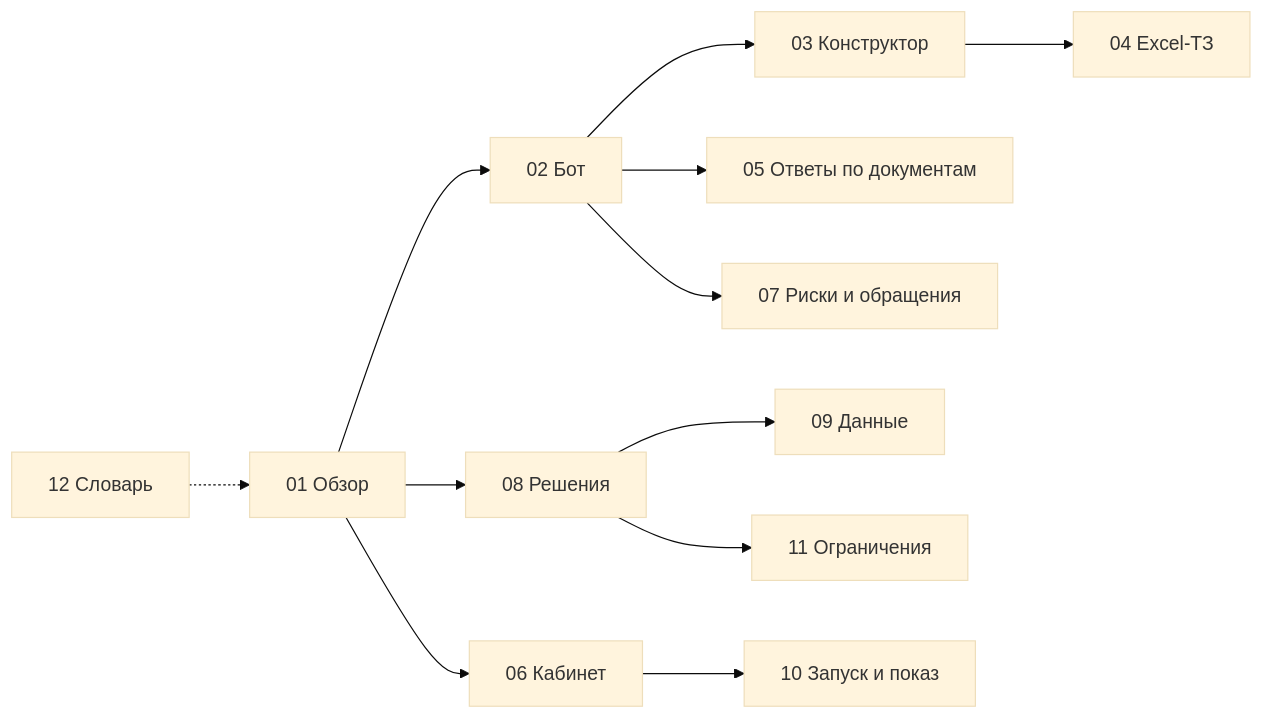
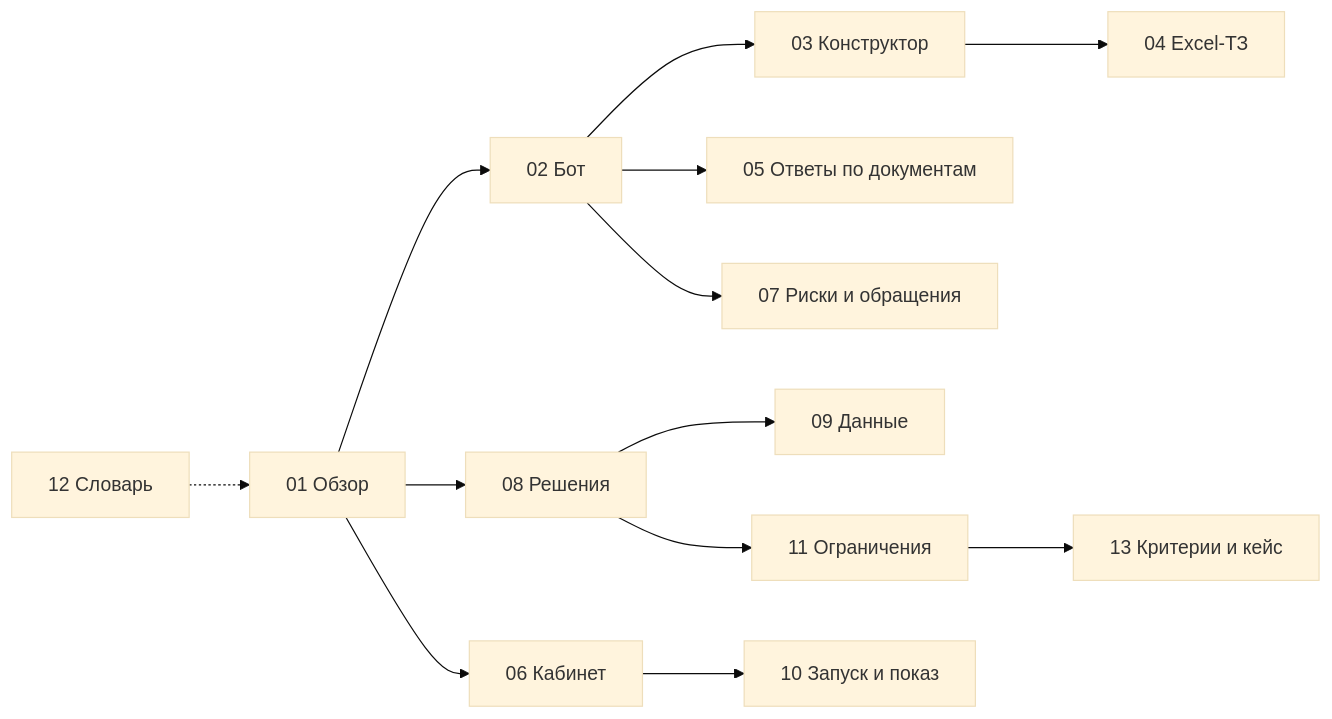
Before and after one commit to kunak-agency/polyplastic-bot: the diagram in agency/system/Human/00-index.md, drawn with Mermaid (base theme). The commit also changed other lines of this file and 1 other file, not shown here.

Commit message:
Документы для человека: 13 — чем закрываем требования кейса и критерии хакатона

````diff
--- a/agency/system/Human/00-index.md
+++ b/agency/system/Human/00-index.md
@@ -28,14 +29,15 @@
 ```mermaid
 flowchart LR
     O["01 Обзор"] --> B["02 Бот"]
     O --> C["06 Кабинет"]
     B --> E["03 Конструктор"]
     E --> X["04 Excel-ТЗ"]
     B --> R["05 Ответы по документам"]
     B --> K["07 Риски и обращения"]
     O --> D["08 Решения"]
     D --> S["09 Данные"]
     D --> L["11 Ограничения"]
     C --> RUN["10 Запуск и показ"]
     G["12 Словарь"] -.-> O
+    L --> CR["13 Критерии и кейс"]
 ```
````
